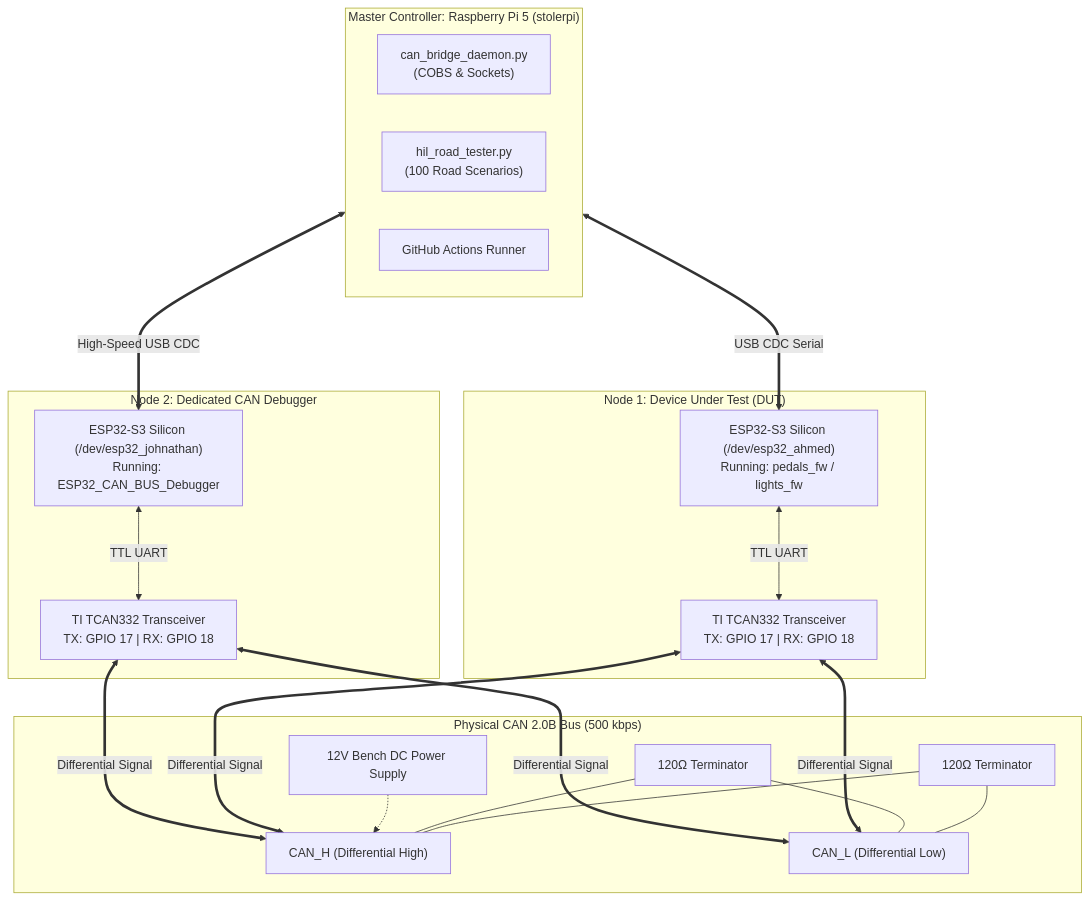
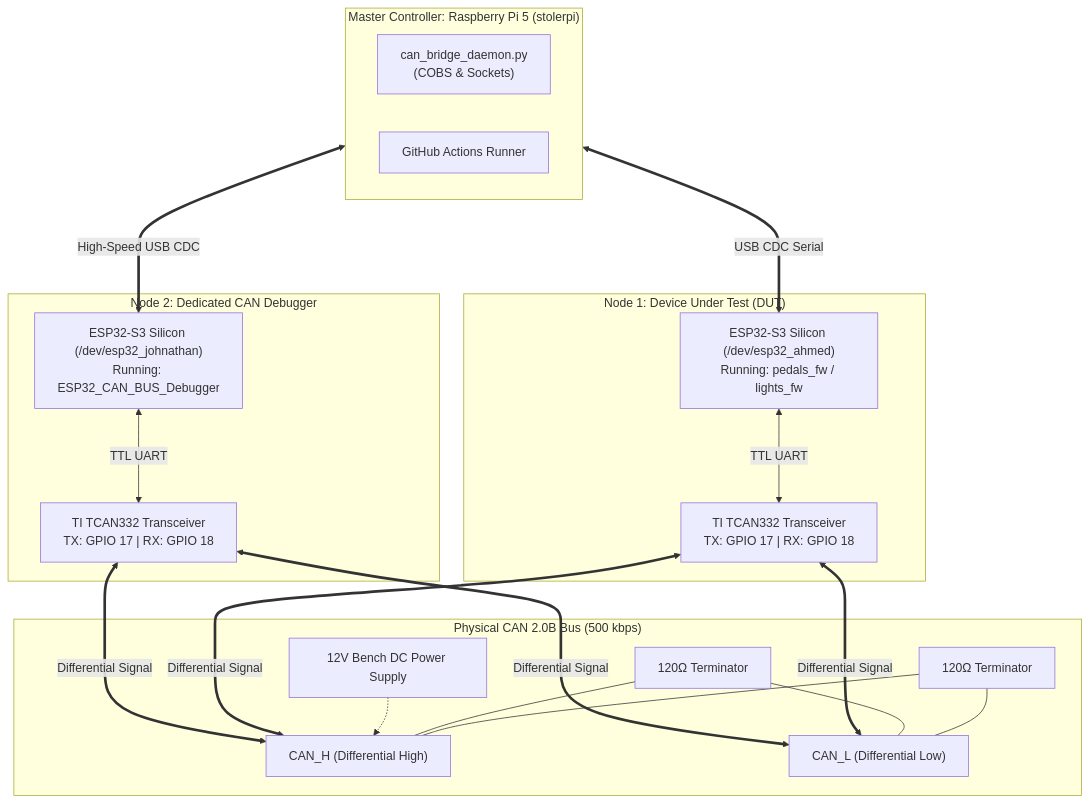
One commit to JuneKim0712/CAN-Testbench changed the first of 4 diagrams in docs/CAN_TESTBENCH_STAGE_GUIDE.md. Above: the diagram before and after it, drawn with Mermaid. The commit also changed other lines of this file and 2 other files, not shown here.

Commit message:
chore: remove road_tester and update documentation

````diff
--- a/docs/CAN_TESTBENCH_STAGE_GUIDE.md
+++ b/docs/CAN_TESTBENCH_STAGE_GUIDE.md
@@ -43,40 +42,39 @@
 ```mermaid
 graph TD
     subgraph MasterController ["Master Controller: Raspberry Pi 5 (stolerpi)"]
         Daemon["can_bridge_daemon.py<br/>(COBS & Sockets)"]
-        HIL["hil_road_tester.py<br/>(100 Road Scenarios)"]
         Runner["GitHub Actions Runner"]
     end
 
     subgraph CANBus ["Physical CAN 2.0B Bus (500 kbps)"]
         WireH["CAN_H (Differential High)"]
         WireL["CAN_L (Differential Low)"]
         Term1["120Ω Terminator"] --- WireH
         Term1 --- WireL
         Term2["120Ω Terminator"] --- WireH
         Term2 --- WireL
         Power["12V Bench DC Power Supply"] -.-> WireH
     end
 
     subgraph Node1 ["Node 1: Device Under Test (DUT)"]
         DUT_ESP["ESP32-S3 Silicon (/dev/esp32_ahmed)<br/>Running: pedals_fw / lights_fw"]
         DUT_XCVR["TI TCAN332 Transceiver<br/>TX: GPIO 17 | RX: GPIO 18"]
     end
 
     subgraph Node2 ["Node 2: Dedicated CAN Debugger"]
         DBG_ESP["ESP32-S3 Silicon (/dev/esp32_johnathan)<br/>Running: ESP32_CAN_BUS_Debugger"]
         DBG_XCVR["TI TCAN332 Transceiver<br/>TX: GPIO 17 | RX: GPIO 18"]
     end
 
     %% Connections
     MasterController <===>|USB CDC Serial| DUT_ESP
     MasterController <===>|High-Speed USB CDC| DBG_ESP
 
     DUT_ESP <--->|TTL UART| DUT_XCVR
     DBG_ESP <--->|TTL UART| DBG_XCVR
 
     DUT_XCVR <===>|Differential Signal| WireH
     DUT_XCVR <===>|Differential Signal| WireL
     DBG_XCVR <===>|Differential Signal| WireH
     DBG_XCVR <===>|Differential Signal| WireL
 ```
````
